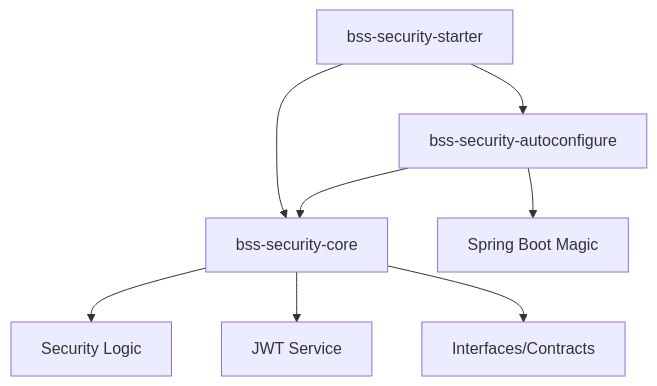
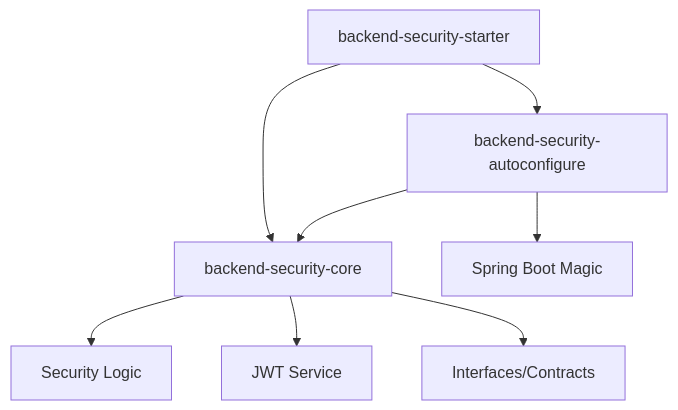
The first of 2 diagrams in README.md (CharlyZeta/Backend-Security-Starter), drawn with Mermaid before and after one commit. The commit also changed other lines of this file and 24 other files, not shown here.

````diff
--- a/README.md
+++ b/README.md
@@ -12,10 +18,10 @@
 ```mermaid
 graph TD
-    A[bss-security-starter] --> B[bss-security-autoconfigure]
-    A --> C[bss-security-core]
+    A[backend-security-starter] --> B[backend-security-autoconfigure]
+    A --> C[backend-security-core]
     B --> C
     C --> D[Security Logic]
     C --> E[JWT Service]
     C --> F[Interfaces/Contracts]
     B --> G[Spring Boot Magic]
 ```
````
